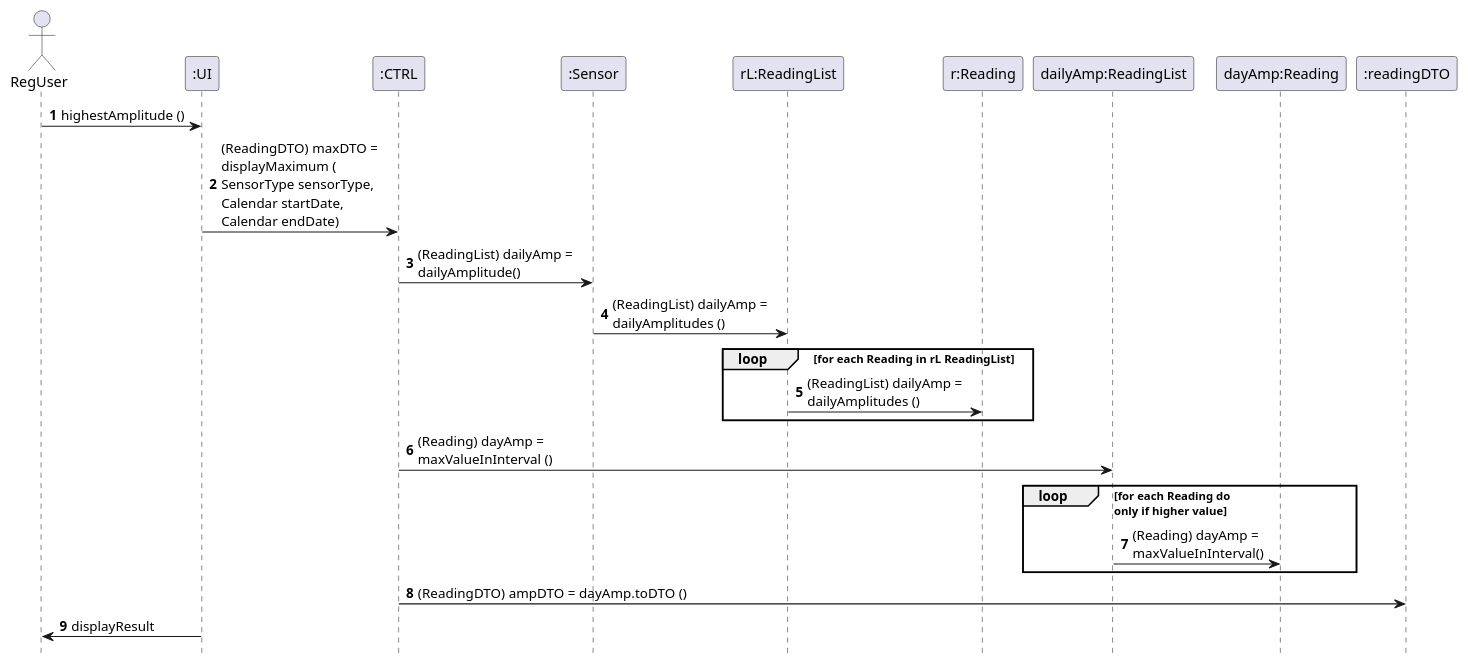
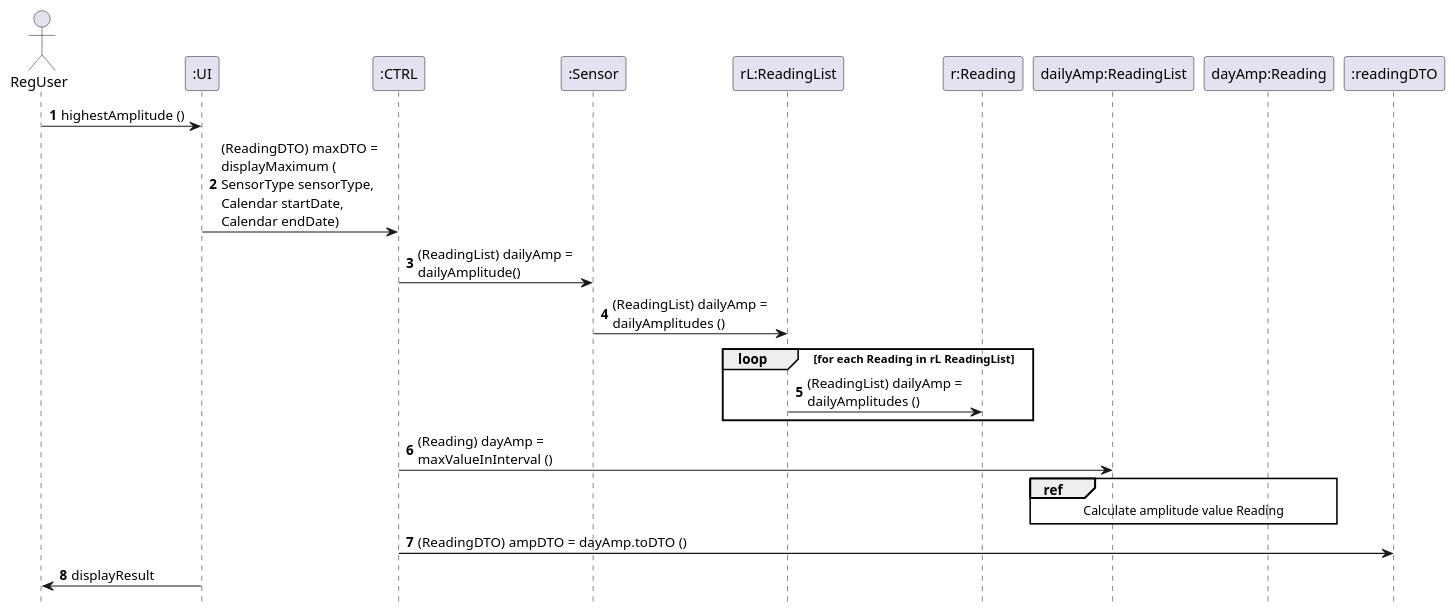
Before and after one commit to emanuel-pereira/hou: the diagram in src/main/java/smarthome/controller/sequenceDiagrams/sd_GetMaxDailyAmplitude.puml, drawn with PlantUML. The commit also changed 1 other file, not shown here.

Commit message:
Update in Sequence diagrams of US633 Addresses #110

```diff
--- a/src/main/java/smarthome/controller/sequenceDiagrams/sd_GetMaxDailyAmplitude.puml
+++ b/src/main/java/smarthome/controller/sequenceDiagrams/sd_GetMaxDailyAmplitude.puml
@@ -1,26 +1,26 @@
 @startuml
 autonumber
 hidefootbox
 
 actor "RegUser"
 "RegUser" -> ":UI" : highestAmplitude ()
 ":UI" -> ":CTRL" : (ReadingDTO) maxDTO = \ndisplayMaximum (\nSensorType sensorType, \nCalendar startDate, \nCalendar endDate)
 ":CTRL" -> ":Sensor" : (ReadingList) dailyAmp = \ndailyAmplitude()
 
 ":Sensor"-> "rL:ReadingList": (ReadingList) dailyAmp = \ndailyAmplitudes ()
 loop for each Reading in rL ReadingList
  "rL:ReadingList" -> "r:Reading": (ReadingList) dailyAmp = \ndailyAmplitudes ()
 end
 
 
 ":CTRL" -> "dailyAmp:ReadingList": (Reading) dayAmp = \nmaxValueInInterval ()
-loop for each Reading do \nonly if higher value
-"dailyAmp:ReadingList" -> "dayAmp:Reading": (Reading) dayAmp = \nmaxValueInInterval()
-end
+ref over "dailyAmp:ReadingList", "dayAmp:Reading"
+Calculate amplitude value Reading
+end ref
 
 ":CTRL" -> ":readingDTO" : (ReadingDTO) ampDTO = dayAmp.toDTO ()
 
 ":UI" -> "RegUser" : displayResult
 
 
 @enduml
```
